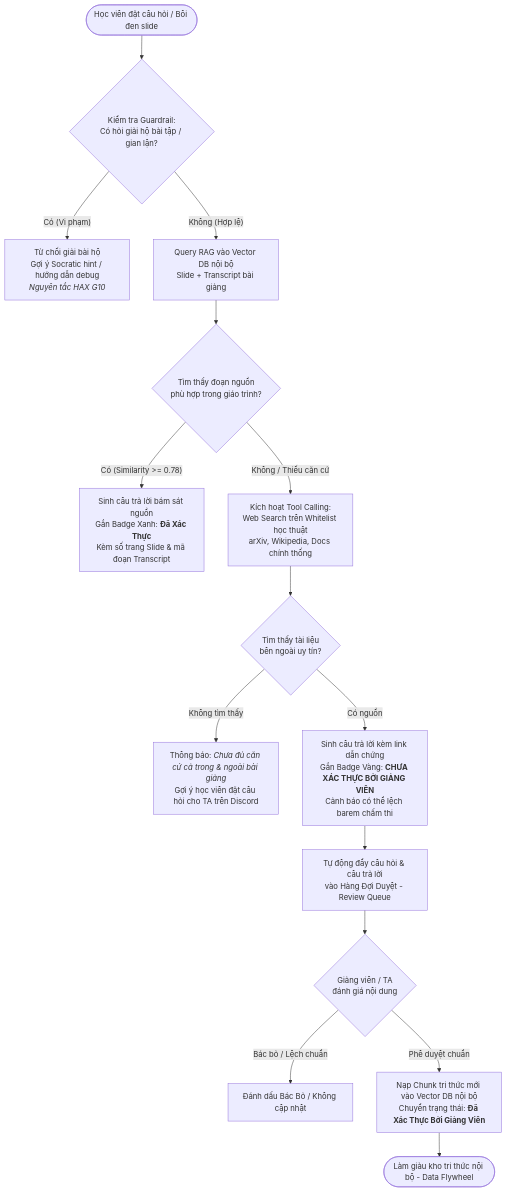
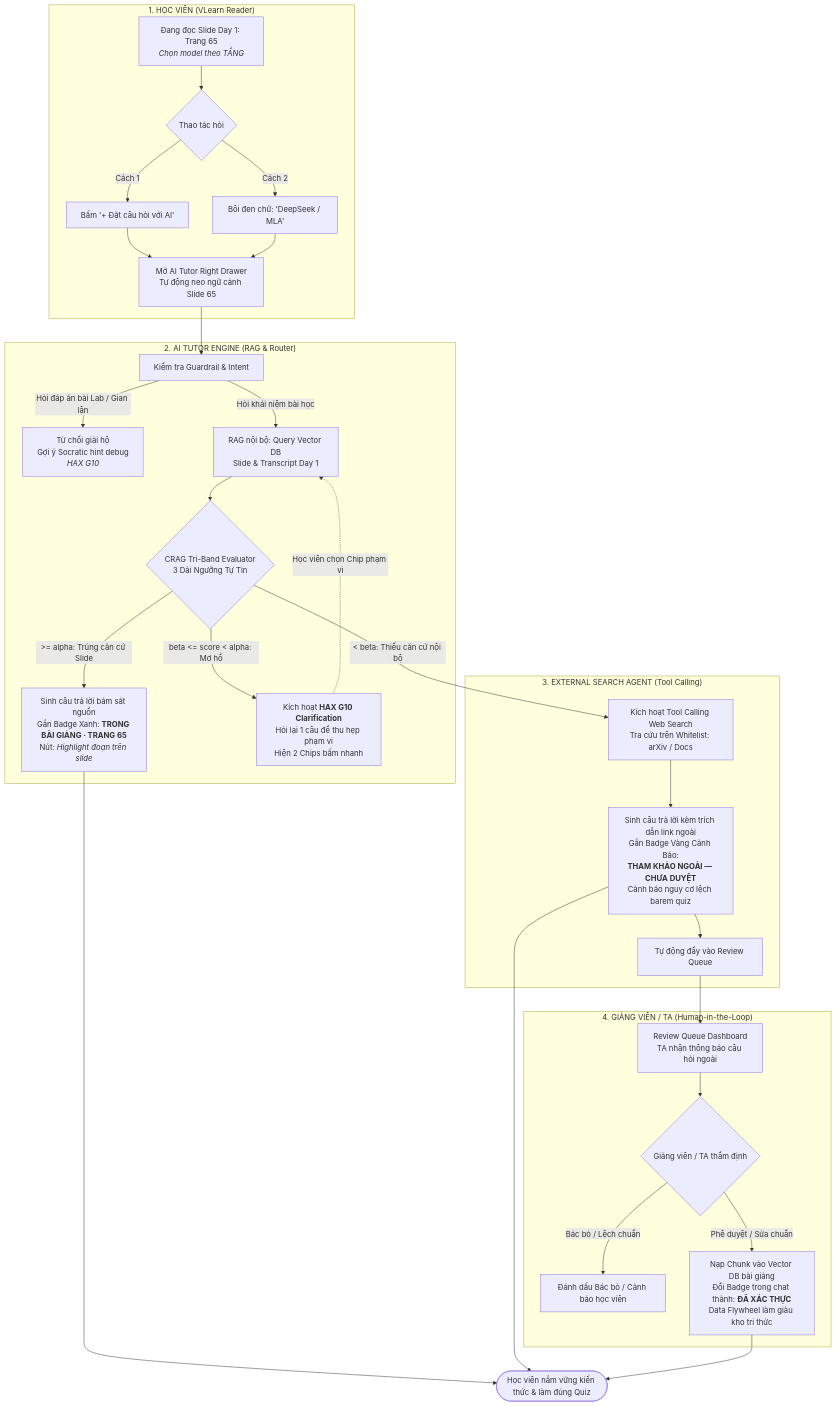
Before and after one commit to dawnmoriaty/K4-3B-E403-BDKT: the diagram in flowchart.md, drawn with Mermaid. The commit also changed other lines of this file and 5 other files, not shown here.

Commit message:
feat: complete CP2 interactive flow and design principles

````diff
--- a/flowchart.md
+++ b/flowchart.md
@@ -10,34 +23,44 @@
 ```mermaid
 flowchart TD
-    Start([Học viên đặt câu hỏi / Bôi đen slide]) --> Guardrail{Kiểm tra Guardrail:<br>Có hỏi giải hộ bài tập / gian lận?}
-    
-    %% Đường 4: Guardrail Failure
-    Guardrail -- Có (Vi phạm) --> Reject[Từ chối giải bài hộ<br>Gợi ý Socratic hint / hướng dẫn debug<br><i>Nguyên tắc HAX G10</i>]
-    
-    %% Luồng chính
-    Guardrail -- Không (Hợp lệ) --> RAG[Query RAG vào Vector DB nội bộ<br>Slide + Transcript bài giảng]
-    
-    RAG --> CheckInternal{Tìm thấy đoạn nguồn<br>phù hợp trong giáo trình?}
-    
-    %% Đường 1: Happy Path
-    CheckInternal -- Có (Similarity >= 0.78) --> InternalAnswer[Sinh câu trả lời bám sát nguồn<br>Gắn Badge Xanh: <b>Đã Xác Thực</b><br>Kèm số trang Slide & mã đoạn Transcript]
-    
-    %% Đường 2: Fallback ra ngoài
-    CheckInternal -- Không / Thiếu căn cứ --> ToolSearch[Kích hoạt Tool Calling:<br>Web Search trên Whitelist học thuật<br>arXiv, Wikipedia, Docs chính thống]
-    
-    ToolSearch --> CheckExternal{Tìm thấy tài liệu<br>bên ngoài uy tín?}
-    
-    CheckExternal -- Không tìm thấy --> DirectRefuse[Thông báo: <i>Chưa đủ căn cứ cả trong & ngoài bài giảng</i><br>Gợi ý học viên đặt câu hỏi cho TA trên Discord]
-    
-    CheckExternal -- Có nguồn --> ExternalAnswer[Sinh câu trả lời kèm link dẫn chứng<br>Gắn Badge Vàng: <b>CHƯA XÁC THỰC BỞI GIẢNG VIÊN</b><br>Cảnh báo có thể lệch barem chấm thi]
-    
-    %% Đường 3: Human-in-the-loop Correction
-    ExternalAnswer --> Queue[Tự động đẩy câu hỏi & câu trả lời<br>vào Hàng Đợi Duyệt - Review Queue]
-    
-    Queue --> TeacherReview{Giảng viên / TA<br>đánh giá nội dung}
-    
-    TeacherReview -- Bác bỏ / Lệch chuẩn --> Drop[Đánh dấu Bác Bỏ / Không cập nhật]
-    TeacherReview -- Phê duyệt chuẩn --> Ingest[Nạp Chunk tri thức mới vào Vector DB nội bộ<br>Chuyển trạng thái: <b>Đã Xác Thực Bởi Giảng Viên</b>]
-    
-    Ingest --> Finish([Làm giàu kho tri thức nội bộ - Data Flywheel])
+    subgraph S1["1. HỌC VIÊN (VLearn Reader)"]
+        A[Đang đọc Slide Day 1: Trang 65<br><i>Chọn model theo TẦNG</i>] --> B{Thao tác hỏi}
+        B -->|Cách 1| B1[Bấm '+ Đặt câu hỏi với AI']
+        B -->|Cách 2| B2[Bôi đen chữ: 'DeepSeek / MLA']
+        B1 --> C[Mở AI Tutor Right Drawer<br>Tự động neo ngữ cảnh Slide 65]
+        B2 --> C
+    end
+
+    subgraph S2["2. AI TUTOR ENGINE (RAG & Router)"]
+        C --> D[Kiểm tra Guardrail & Intent]
+        D -->|Hỏi đáp án bài Lab / Gian lận| D_Reject[Từ chối giải hộ<br>Gợi ý Socratic hint debug<br><i>HAX G10</i>]
+        D -->|Hỏi khái niệm bài học| E[RAG nội bộ: Query Vector DB<br>Slide & Transcript Day 1]
+        
+        E --> F{CRAG Tri-Band Evaluator<br>3 Dải Ngưỡng Tự Tin}
+        
+        %% Nhánh 1: Happy Path
+        F -->|>= alpha: Trúng căn cứ Slide| G[Sinh câu trả lời bám sát nguồn<br>Gắn Badge Xanh: <b>TRONG BÀI GIẢNG · TRANG 65</b><br>Nút: <i>Highlight đoạn trên slide</i>]
+        
+        %% Nhánh 2: Ambiguous (Lớp ②)
+        F -->|beta <= score < alpha: Mơ hồ| H[Kích hoạt <b>HAX G10 Clarification</b><br>Hỏi lại 1 câu để thu hẹp phạm vi<br>Hiện 2 Chips bấm nhanh]
+    end
+
+    H -.->|Học viên chọn Chip phạm vi| E
+
+    subgraph S3["3. EXTERNAL SEARCH AGENT (Tool Calling)"]
+        %% Nhánh 3: Failure / No-grounding (Lớp ①)
+        F -->|< beta: Thiếu căn cứ nội bộ| I[Kích hoạt Tool Calling Web Search<br>Tra cứu trên Whitelist: arXiv / Docs]
+        I --> J[Sinh câu trả lời kèm trích dẫn link ngoài<br>Gắn Badge Vàng Cảnh Báo:<br><b>THAM KHẢO NGOÀI — CHƯA DUYỆT</b><br>Cảnh báo nguy cơ lệch barem quiz]
+        J --> K[Tự động đẩy vào Review Queue]
+    end
+
+    subgraph S4["4. GIẢNG VIÊN / TA (Human-in-the-Loop)"]
+        K --> L[Review Queue Dashboard<br>TA nhận thông báo câu hỏi ngoài]
+        L --> M{Giảng viên / TA thẩm định}
+        M -->|Bác bỏ / Lệch chuẩn| M_Drop[Đánh dấu Bác bỏ / Cảnh báo học viên]
+        M -->|Phê duyệt / Sửa chuẩn| N[Nạp Chunk vào Vector DB bài giảng<br>Đổi Badge trong chat thành: <b>ĐÃ XÁC THỰC</b><br>Data Flywheel làm giàu kho tri thức]
+    end
+
+    G --> EndUser([Học viên nắm vững kiến thức & làm đúng Quiz])
+    J --> EndUser
+    N --> EndUser
 ```
````
